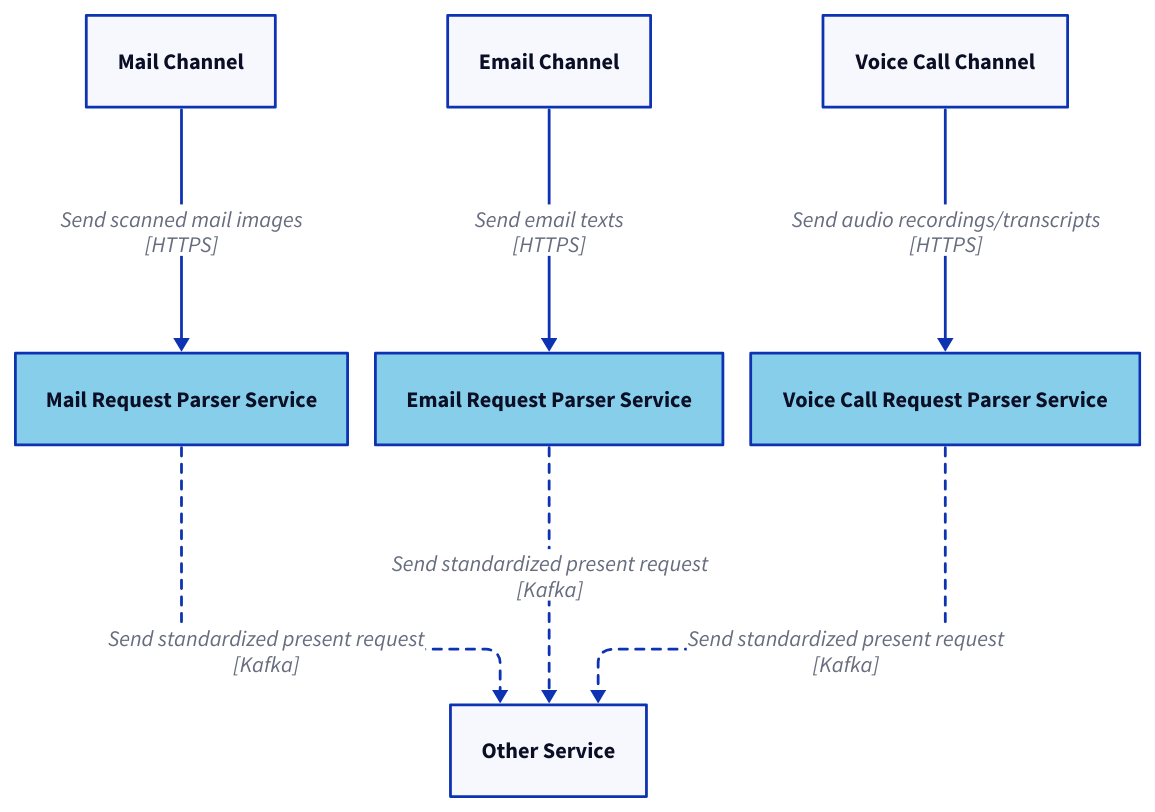
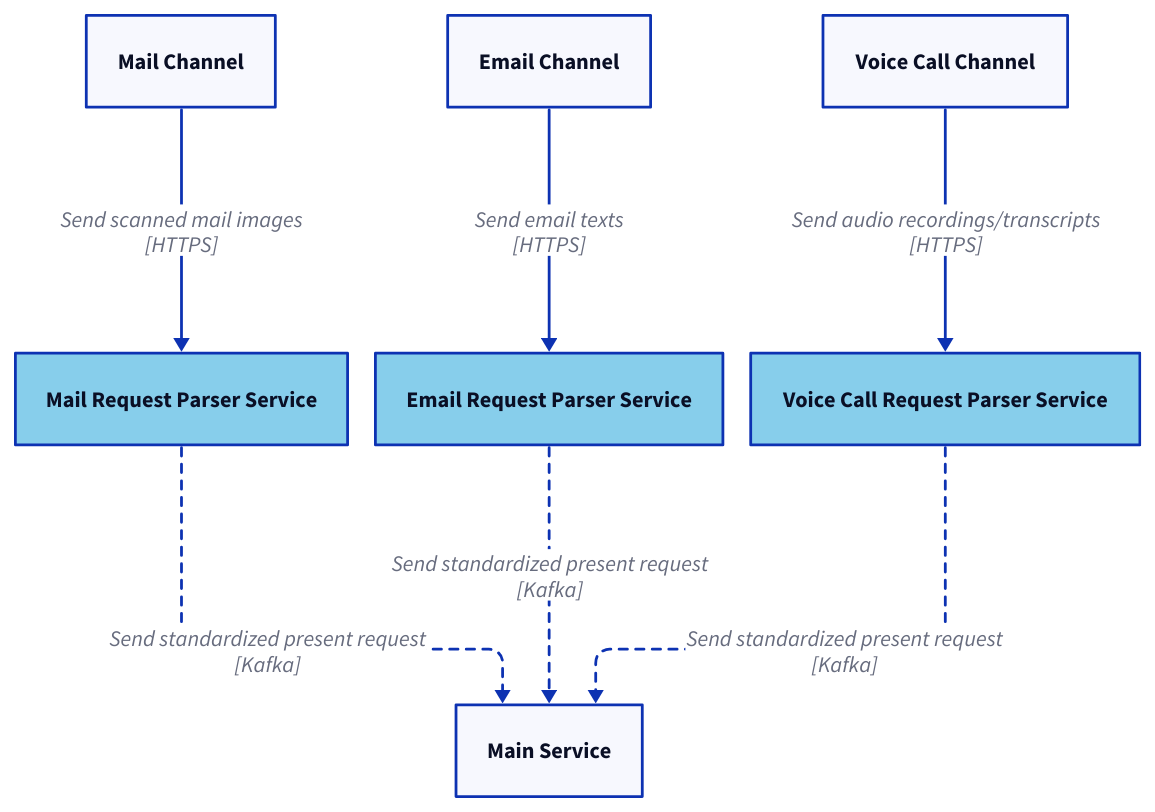
Before and after one commit to pramindanata/architecture-katas: the diagram in kata/santa-workshop/asset/adr-03-diagram.d2, drawn with D2. The commit also changed 7 other files, not shown here.

Commit message:
update main service name

```diff
--- a/kata/santa-workshop/asset/adr-03-diagram.d2
+++ b/kata/santa-workshop/asset/adr-03-diagram.d2
@@ -1,52 +1,52 @@
 vars: {
   d2-config: {
     layout-engine: elk
   }
 }
 
 mailChannel:  {
   label: Mail Channel
 }
 
 emailChannel:  {
   label: Email Channel
 }
 
 voiceCallChannel:  {
   label: Voice Call Channel
 }
 
 mailRequestParser: {
   label: Mail Request Parser Service
   style.fill: "#87CEEB"
 }
 
 emailRequestParser: {
   label: Email Request Parser Service
   style.fill: "#87CEEB"
 }
 
 voiceCallRequestParser: {
   label: Voice Call Request Parser Service
   style.fill: "#87CEEB"
 }
 
 otherService: {
-  label: Other Service
+  label: Main Service
 }
 
 mailChannel -> mailRequestParser: "Send scanned mail images\n[HTTPS]"
 emailChannel -> emailRequestParser: "Send email texts\n[HTTPS]"
 voiceCallChannel -> voiceCallRequestParser: "Send audio recordings/transcripts\n[HTTPS]"
 mailRequestParser -> otherService: {
   label: "Send standardized present request\n[Kafka]"
   style.stroke-dash: 3
 }
 emailRequestParser -> otherService: {
   label: "Send standardized present request\n[Kafka]"
   style.stroke-dash: 3
 }
 voiceCallRequestParser -> otherService: {
   label: "Send standardized present request\n[Kafka]"
   style.stroke-dash: 3
 }
```
